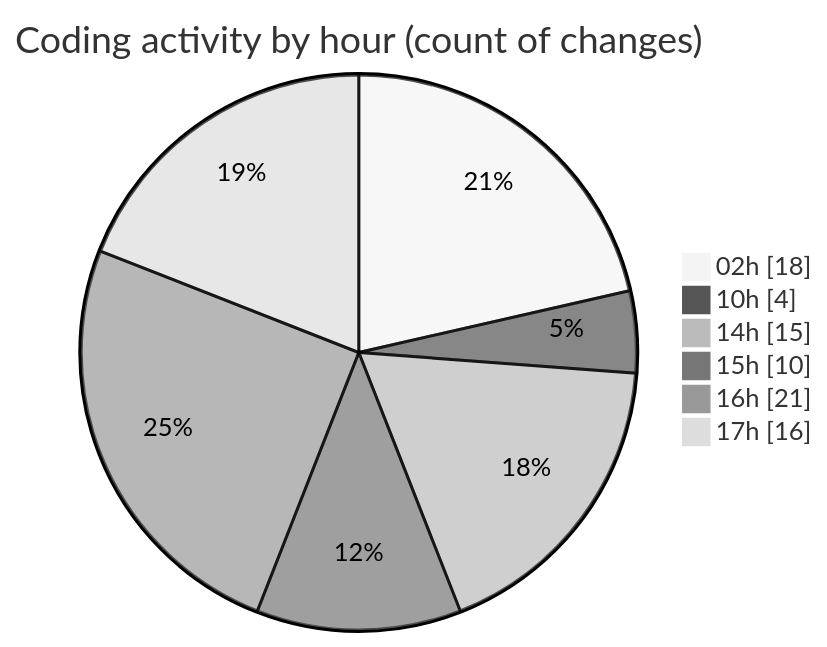
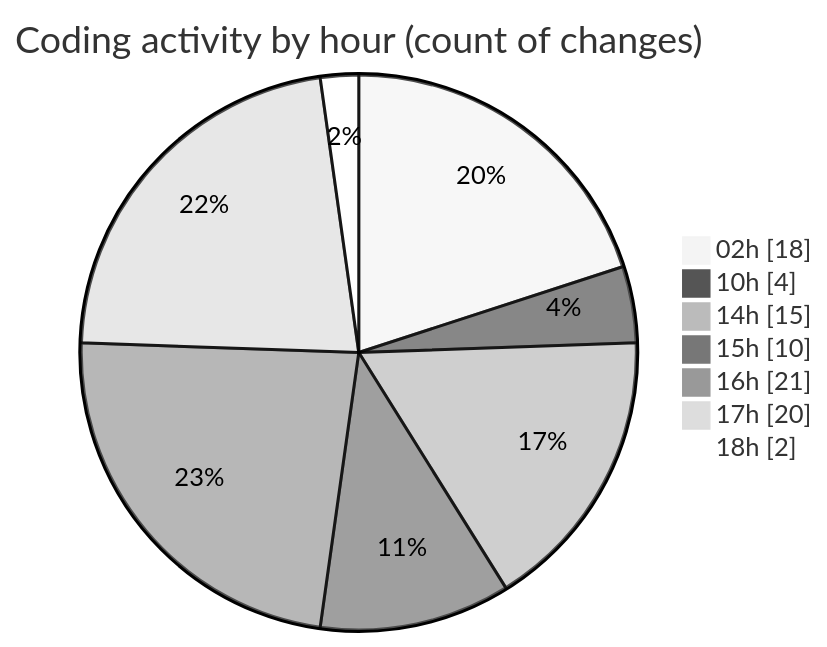
One commit to julien-gomy/code-tracking changed the second of 2 diagrams in 2025-10-15/eventscop-frontend-guide__workspace_/README.md. Above: the diagram before and after it, drawn with Mermaid (neutral theme). The commit also changed other lines of this file and 1 other file, not shown here.

````diff
--- a/2025-10-15/eventscop-frontend-guide__workspace_/README.md
+++ b/2025-10-15/eventscop-frontend-guide__workspace_/README.md
@@ -50,10 +56,11 @@
 ```mermaid
 pie showData
 title Coding activity by hour (count of changes)
 "02h" : 18
 "10h" : 4
 "14h" : 15
 "15h" : 10
 "16h" : 21
-"17h" : 16
+"17h" : 20
+"18h" : 2
 ```
````
